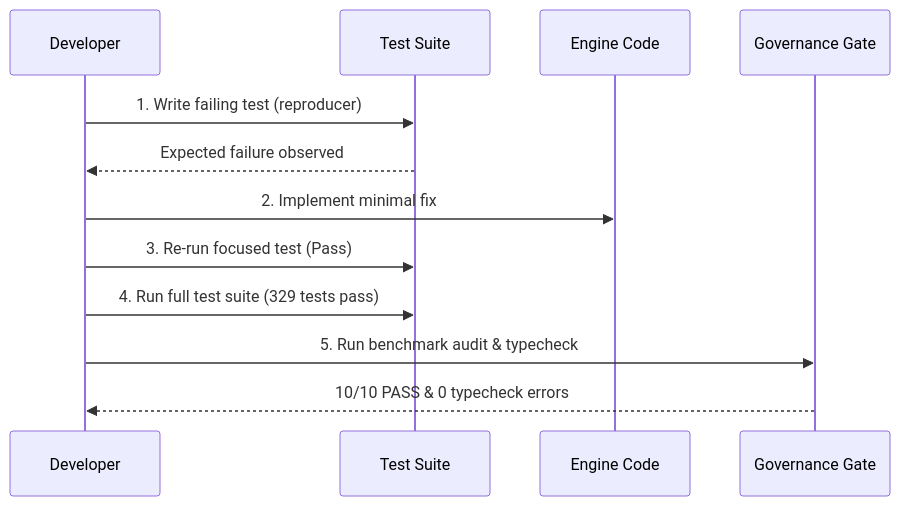
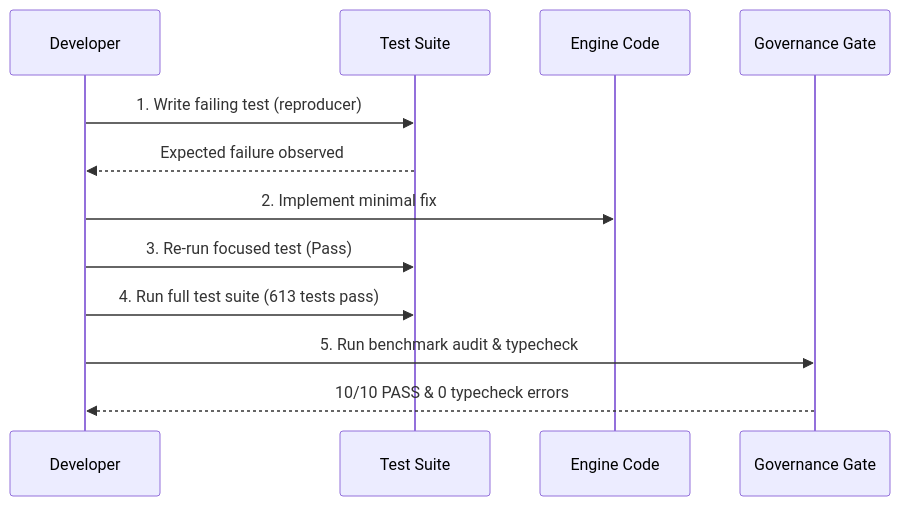
One commit to raitaskeen/LegacyExodus changed the diagram in docs/development/local-development.md. Above: the diagram before and after it, drawn with Mermaid. The commit also changed 11 other files, not shown here.

````diff
--- a/docs/development/local-development.md
+++ b/docs/development/local-development.md
@@ -58,15 +58,15 @@
 ```mermaid
 sequenceDiagram
     participant Dev as Developer
     participant Test as Test Suite
     participant Engine as Engine Code
     participant Gov as Governance Gate
 
     Dev->>Test: 1. Write failing test (reproducer)
     Test-->>Dev: Expected failure observed
     Dev->>Engine: 2. Implement minimal fix
     Dev->>Test: 3. Re-run focused test (Pass)
-    Dev->>Test: 4. Run full test suite (329 tests pass)
+    Dev->>Test: 4. Run full test suite (613 tests pass)
     Dev->>Gov: 5. Run benchmark audit & typecheck
     Gov-->>Dev: 10/10 PASS & 0 typecheck errors
 ```
````
